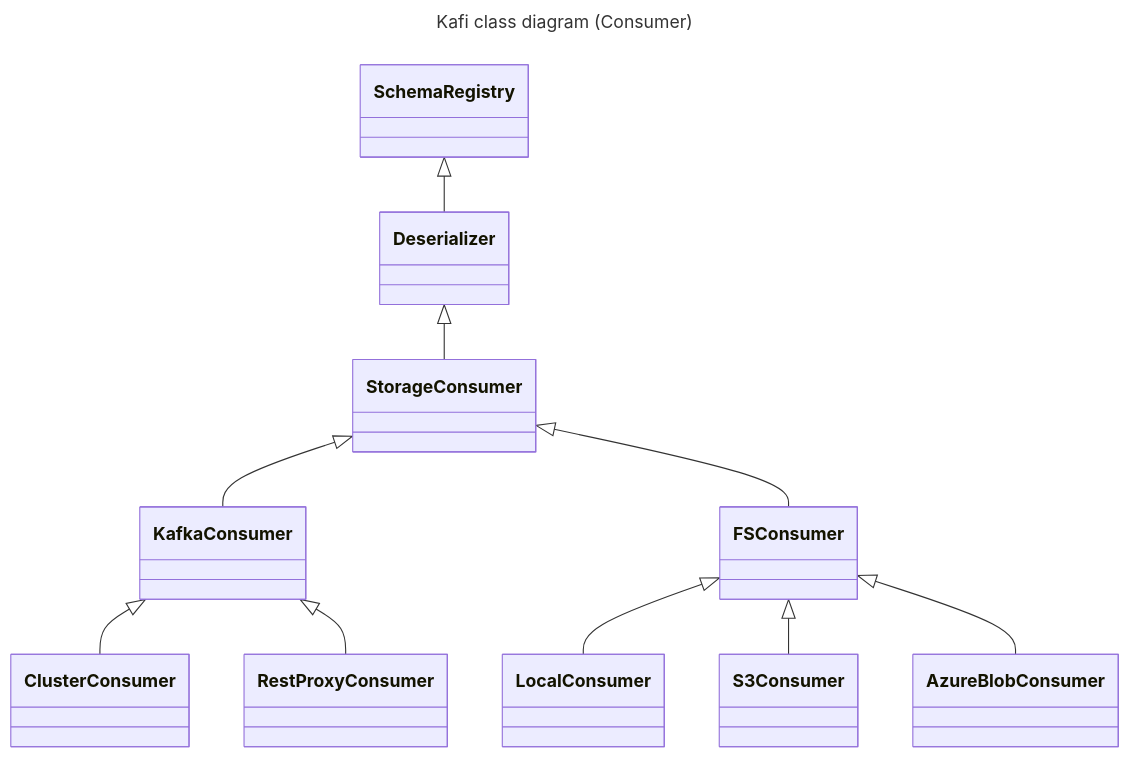
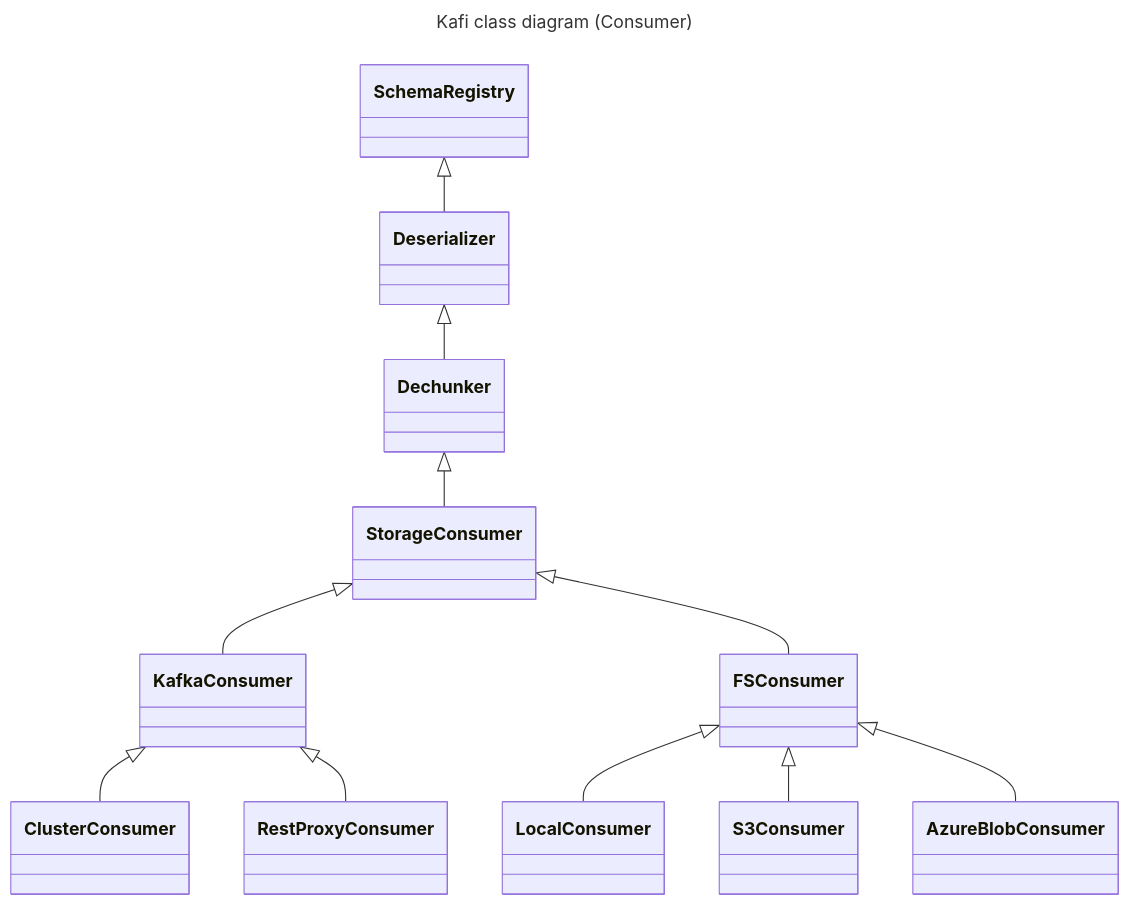
The second of 4 diagrams in README.md (xdgrulez/kafi), drawn with Mermaid before and after one commit. The commit also changed 12 other files, not shown here.

Commit message:
more on chunking/dechunking; foldl/consume refactored into storage_consumer

````diff
--- a/README.md
+++ b/README.md
@@ -880,18 +880,20 @@
 ```mermaid
 ---
 title: Kafi class diagram (Consumer)
 ---
 classDiagram
     SchemaRegistry <|-- Deserializer
     
-    Deserializer <|-- StorageConsumer
+    Deserializer <|-- Dechunker
+
+    Dechunker <|-- StorageConsumer
 
     StorageConsumer <|-- KafkaConsumer
     KafkaConsumer <|-- ClusterConsumer
     KafkaConsumer <|-- RestProxyConsumer
 
     StorageConsumer <|-- FSConsumer
     FSConsumer <|-- LocalConsumer
     FSConsumer <|-- S3Consumer
     FSConsumer <|-- AzureBlobConsumer
 ```
````
